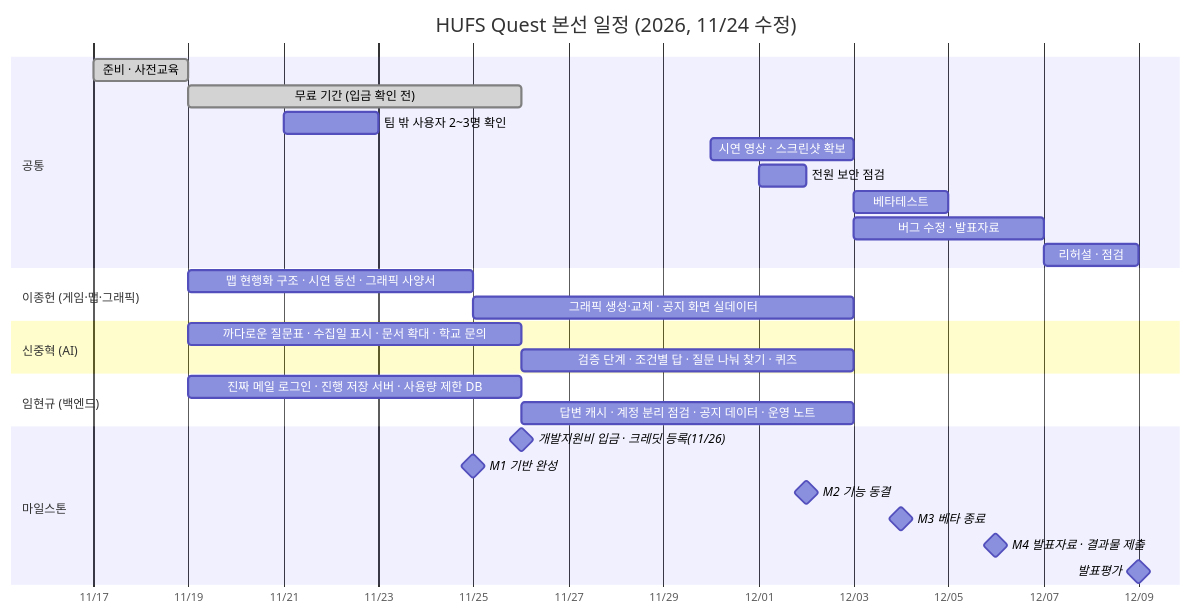
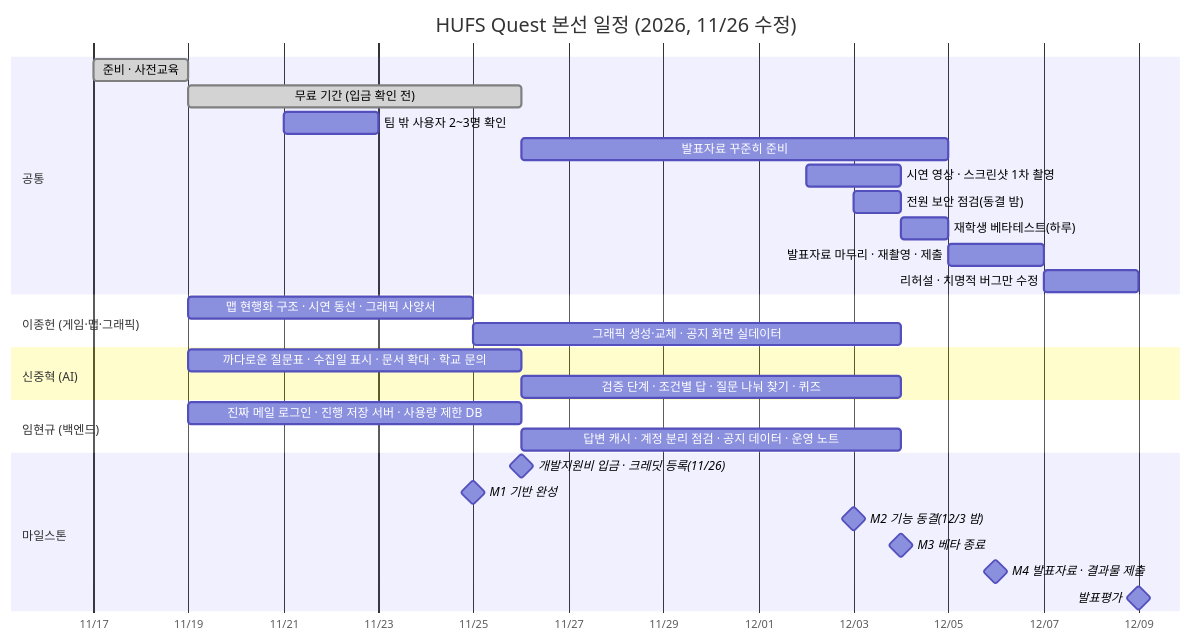
Before and after one commit to 202502859-source/hufs-quest: the diagram in docs/ROADMAP.md, drawn with Mermaid. The commit also changed other lines of this file and 10 other files, not shown here.

````diff
--- a/docs/ROADMAP.md
+++ b/docs/ROADMAP.md
@@ -18,37 +18,38 @@
 ```mermaid
 gantt
-    title HUFS Quest 본선 일정 (2026, 11/24 수정)
+    title HUFS Quest 본선 일정 (2026, 11/26 수정)
     dateFormat YYYY-MM-DD
     axisFormat %m/%d
     todayMarker stroke-width:3px,stroke:#d33
 
     section 공통
     준비 · 사전교육              :done, prep, 2026-11-17, 2d
     무료 기간 (입금 확인 전)      :done, free, 2026-11-19, 7d
     팀 밖 사용자 2~3명 확인       :user, 2026-11-21, 2d
-    시연 영상 · 스크린샷 확보     :shot, 2026-11-30, 3d
-    전원 보안 점검               :sec, 2026-12-01, 1d
-    베타테스트                   :beta, 2026-12-03, 2d
-    버그 수정 · 발표자료          :w3, 2026-12-03, 4d
-    리허설 · 점검                :reh, 2026-12-07, 2d
+    발표자료 꾸준히 준비          :ppt, 2026-11-26, 9d
+    시연 영상 · 스크린샷 1차 촬영  :shot, 2026-12-02, 2d
+    전원 보안 점검(동결 밤)       :sec, 2026-12-03, 1d
+    재학생 베타테스트(하루)       :beta, 2026-12-04, 1d
+    발표자료 마무리 · 재촬영 · 제출 :w3, 2026-12-05, 2d
+    리허설 · 치명적 버그만 수정    :reh, 2026-12-07, 2d
 
     section 이종헌 (게임·맵·그래픽)
     맵 현행화 구조 · 시연 동선 · 그래픽 사양서   :j1, 2026-11-19, 6d
-    그래픽 생성·교체 · 공지 화면 실데이터        :j2, 2026-11-25, 8d
+    그래픽 생성·교체 · 공지 화면 실데이터        :j2, 2026-11-25, 9d
 
     section 신중혁 (AI)
     까다로운 질문표 · 수집일 표시 · 문서 확대 · 학교 문의 :s1, 2026-11-19, 7d
-    검증 단계 · 조건별 답 · 질문 나눠 찾기 · 퀴즈       :s2, 2026-11-26, 7d
+    검증 단계 · 조건별 답 · 질문 나눠 찾기 · 퀴즈       :s2, 2026-11-26, 8d
 
     section 임현규 (백엔드)
     진짜 메일 로그인 · 진행 저장 서버 · 사용량 제한 DB  :h1, 2026-11-19, 7d
-    답변 캐시 · 계정 분리 점검 · 공지 데이터 · 운영 노트 :h2, 2026-11-26, 7d
+    답변 캐시 · 계정 분리 점검 · 공지 데이터 · 운영 노트 :h2, 2026-11-26, 8d
 
     section 마일스톤
     개발지원비 입금 · 크레딧 등록(11/26) :milestone, pay, 2026-11-26, 0d
     M1 기반 완성                 :milestone, m1, 2026-11-25, 0d
-    M2 기능 동결                 :milestone, m2, 2026-12-02, 0d
+    M2 기능 동결(12/3 밤)         :milestone, m2, 2026-12-03, 0d
     M3 베타 종료                 :milestone, m3, 2026-12-04, 0d
     M4 발표자료 · 결과물 제출     :milestone, m4, 2026-12-06, 0d
     발표평가                     :milestone, demo, 2026-12-09, 0d
 ```
````
